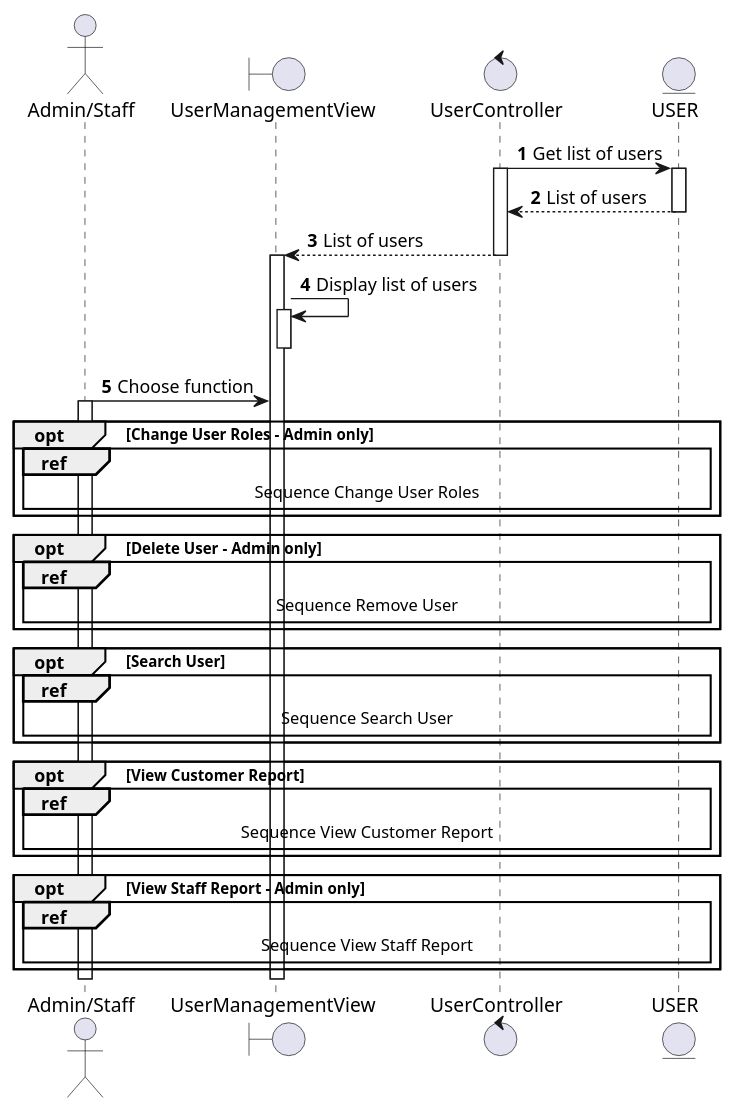
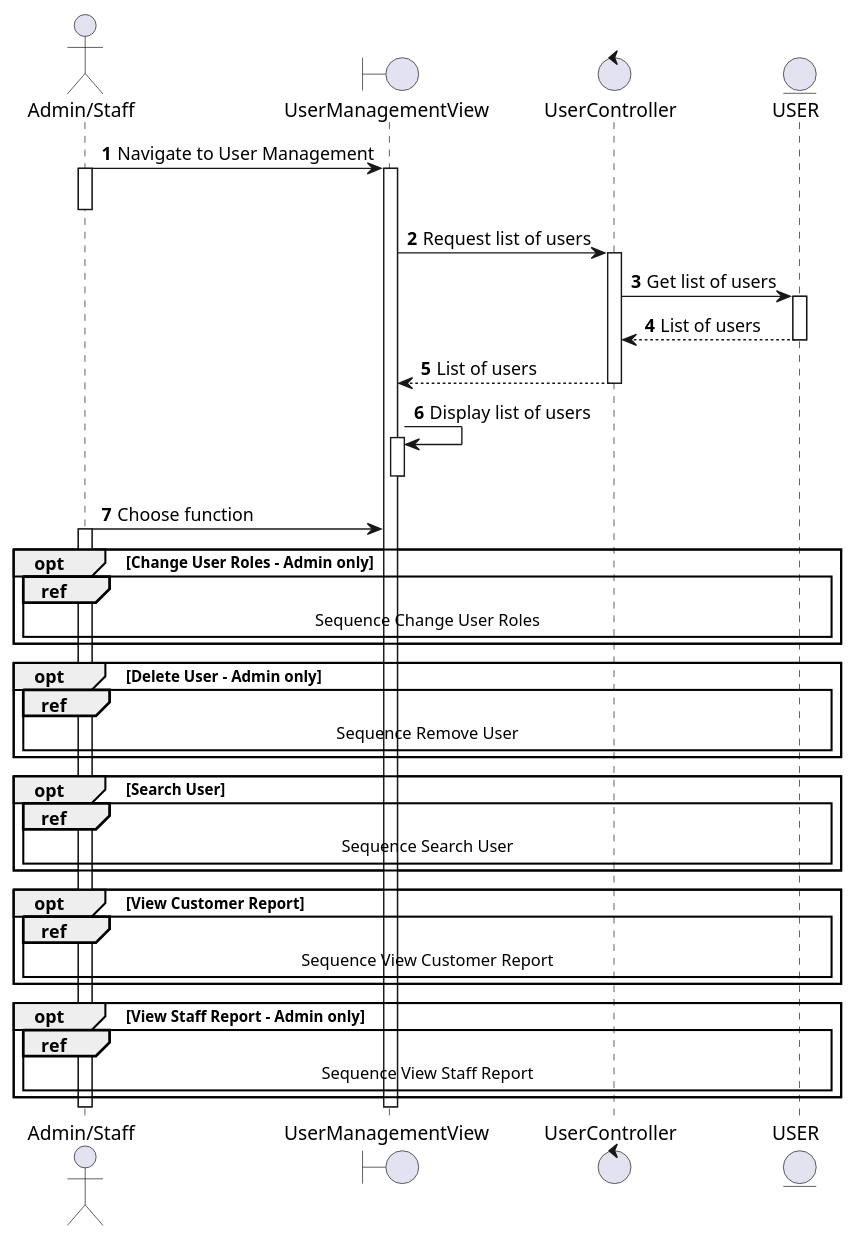
One commit to electricilies/electricilies.github.io changed the diagram in docs/software-docs/sequence/manage-user/manage-user.md. Above: the diagram before and after it, drawn with PlantUML. The commit also changed 16 other files, not shown here.

Commit message:
refactor: sequence diagrams start from user side, and some minor

````diff
--- a/docs/software-docs/sequence/manage-user/manage-user.md
+++ b/docs/software-docs/sequence/manage-user/manage-user.md
@@ -3,48 +3,52 @@
 ```plantuml
 @startuml
 autonumber
 
 actor "Admin/Staff" as AS
 boundary UserManagementView as UMV
 control UserController as UC
 entity USER as U
 
+AS -> UMV: Navigate to User Management
+activate AS
+activate UMV
+deactivate AS
+UMV -> UC: Request list of users
+activate UC
 UC -> U: Get list of users
-activate UC
 activate U
 UC <-- U: List of users
 deactivate U
 UMV <-- UC: List of users
 deactivate UC
-activate UMV
 UMV -> UMV: Display list of users
 activate UMV
 deactivate UMV
 AS -> UMV: Choose function
 activate AS
 
 opt Change User Roles - Admin only
   ref over AS, U: Sequence Change User Roles
 end
 
 opt Delete User - Admin only
   ref over AS, U: Sequence Remove User
 end
 
 opt Search User
   ref over AS, U: Sequence Search User
 end
 
 opt View Customer Report
   ref over AS, U: Sequence View Customer Report
 end
 
 opt View Staff Report - Admin only
   ref over AS, U: Sequence View Staff Report
 end
 
 deactivate UMV
 deactivate AS
 
 @enduml
 ```
````
